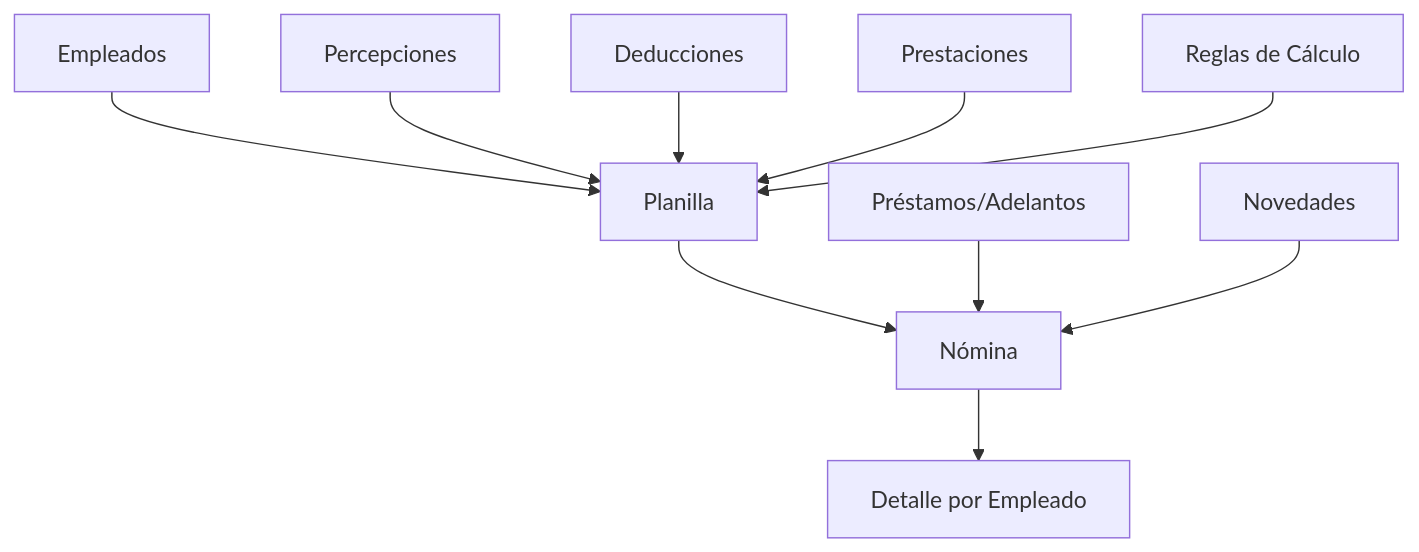
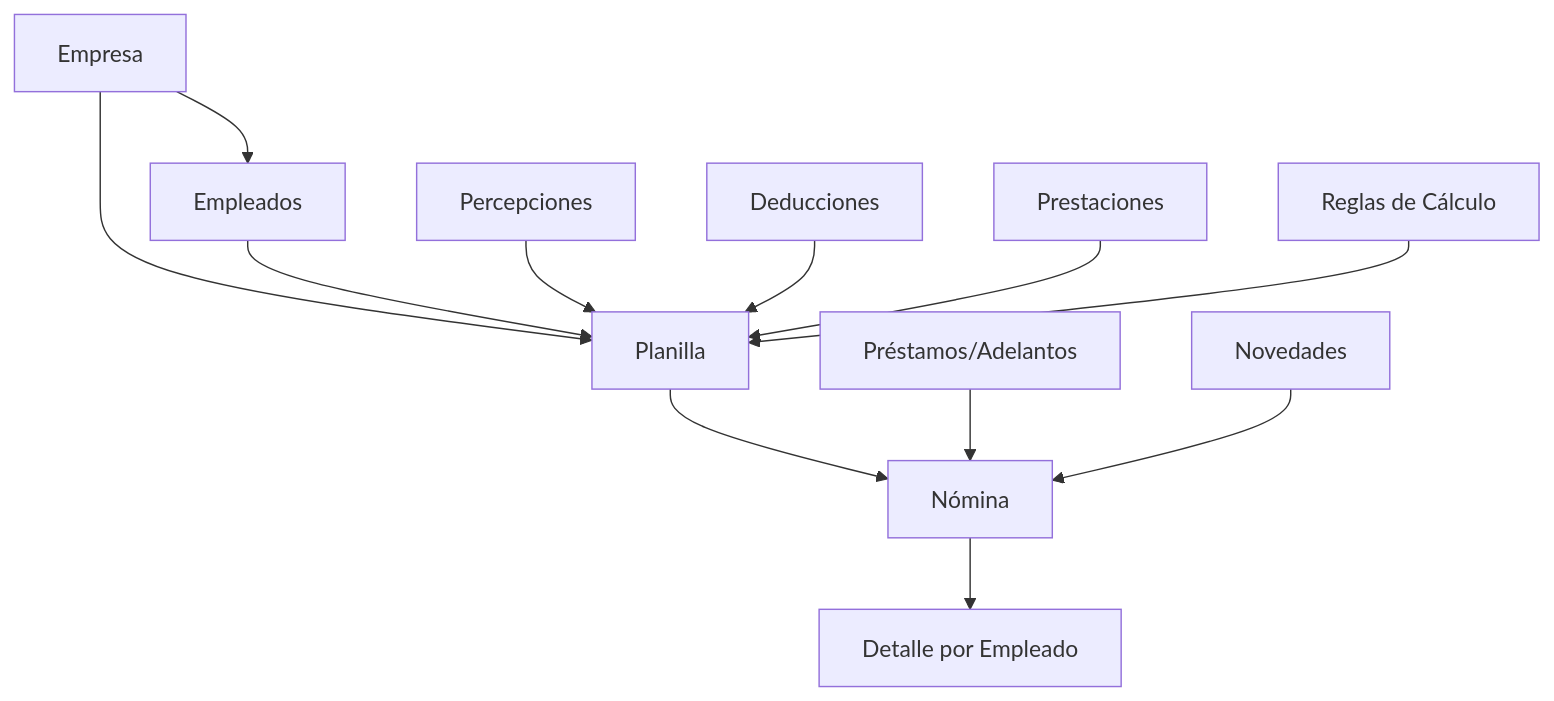
One commit to williamjmorenor/coati-payroll changed the first of 2 diagrams in docs/index.md. Above: the diagram before and after it, drawn with Mermaid. The commit also changed other lines of this file and 17 other files, not shown here.

````diff
--- a/docs/index.md
+++ b/docs/index.md
@@ -87,12 +88,14 @@
 ```mermaid
 graph TD
-    A[Empleados] --> B[Planilla]
+    EMP[Empresa] --> A[Empleados]
+    EMP --> B[Planilla]
+    A --> B
     C[Percepciones] --> B
     D[Deducciones] --> B
     E[Prestaciones] --> B
     F[Reglas de Cálculo] --> B
     B --> G[Nómina]
     H[Préstamos/Adelantos] --> G
     G --> I[Detalle por Empleado]
     J[Novedades] --> G
 ```
````
